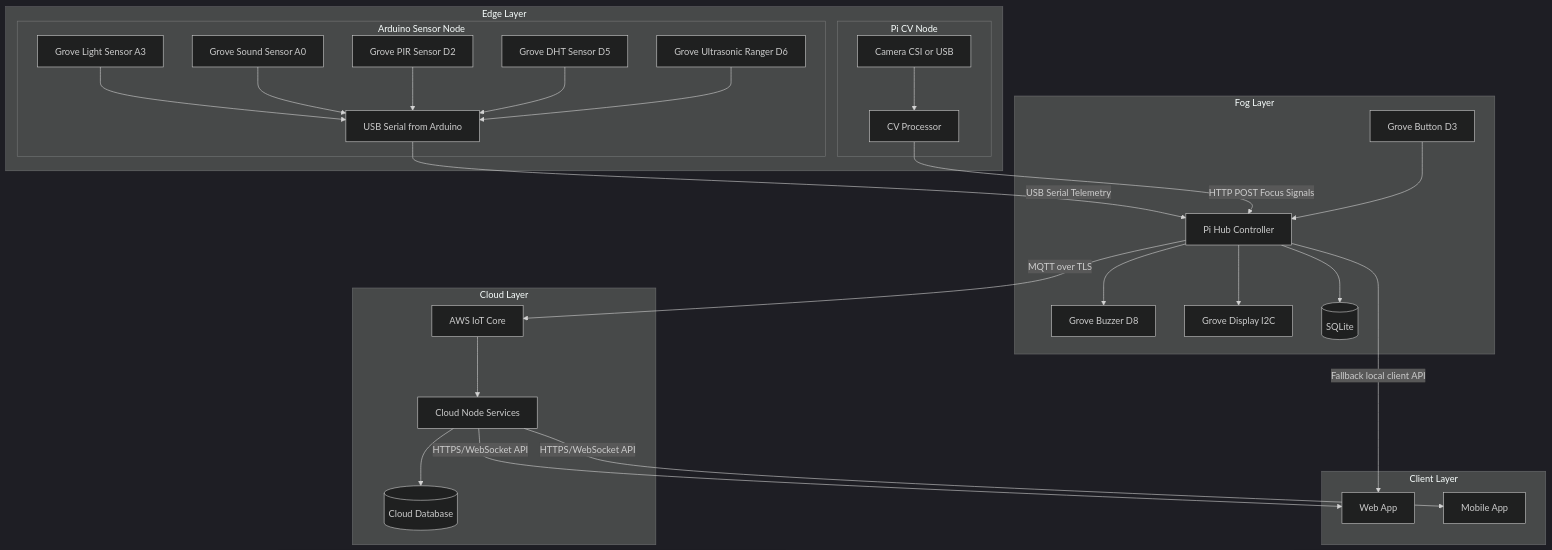
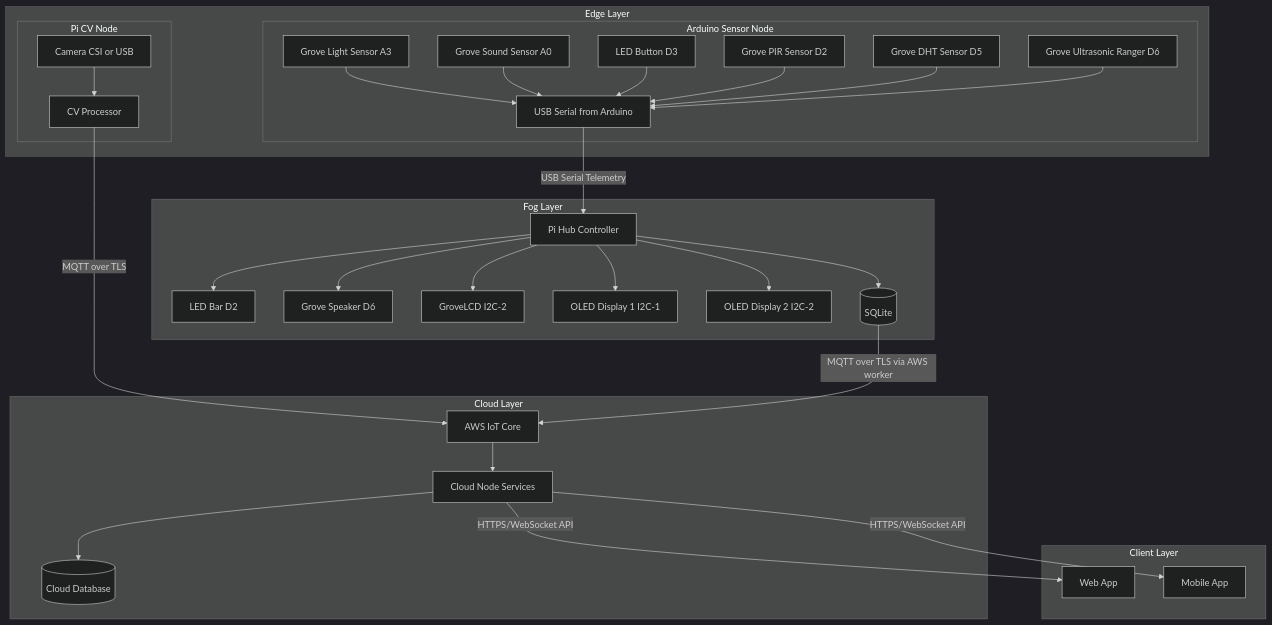
The first of 2 diagrams in docs/2. Architecture and Design/SystemArchitecture.md (MichalisCYP/CMT223), drawn with Mermaid (dark theme) before and after one commit. The commit also changed other lines of this file and 2 other files, not shown here.

Commit message:
updated diagrams

````diff
--- a/docs/2. Architecture and Design/SystemArchitecture.md
+++ b/docs/2. Architecture and Design/SystemArchitecture.md
@@ -14,58 +14,63 @@
 ```mermaid
 flowchart TB
     subgraph EDGE[Edge Layer]
         subgraph ARD[Arduino Sensor Node]
             ALS[Grove Light Sensor A3]
             ASD[Grove Sound Sensor A0]
+            ALBTN[LED Button D3]
             APIR[Grove PIR Sensor D2]
             ADHT[Grove DHT Sensor D5]
             ADIST[Grove Ultrasonic Ranger D6]
             ABT[USB Serial from Arduino]
         end
 
         subgraph CV[Pi CV Node]
             CAM[Camera CSI or USB]
             CVP[CV Processor]
         end
     end
 
     subgraph FOG[Fog Layer]
         H[Pi Hub Controller]
-        HBTN[Grove Button D3]
-        HBUZ[Grove Buzzer D8]
-        HDIS[Grove Display I2C]
+        HLBAR[LED Bar D2]
+        HSPK[Grove Speaker D6]
+        HLCD[GroveLCD I2C-2]
+        HOLED1[OLED Display 1 I2C-1]
+        HOLED2[OLED Display 2 I2C-2]
         DB[(SQLite)]
     end
 
     subgraph CLOUD[Cloud Layer]
         AWS[AWS IoT Core]
         CN[Cloud Node Services]
         CDB[(Cloud Database)]
     end
 
     subgraph CLIENT[Client Layer]
         WEB[Web App]
         MOB[Mobile App]
     end
 
     ALS --> ABT
     ASD --> ABT
+    ALBTN --> ABT
     APIR --> ABT
     ADHT --> ABT
     ADIST --> ABT
     CAM --> CVP
 
     ABT -->|USB Serial Telemetry| H
-    CVP -->|HTTP POST Focus Signals| H
-    HBTN --> H
+    CVP -->|MQTT over TLS| AWS
 
     H --> DB
-    H --> HBUZ
-    H --> HDIS
-    H -->|MQTT over TLS| AWS
+    H --> HLBAR
+    H --> HSPK
+    H --> HLCD
+    H --> HOLED1
+    H --> HOLED2
+    DB -->|MQTT over TLS via AWS worker| AWS
     AWS --> CN
     CN --> CDB
     CN -->|HTTPS/WebSocket API| WEB
     CN -->|HTTPS/WebSocket API| MOB
-    H -->|Fallback local client API| WEB
 ```
````
